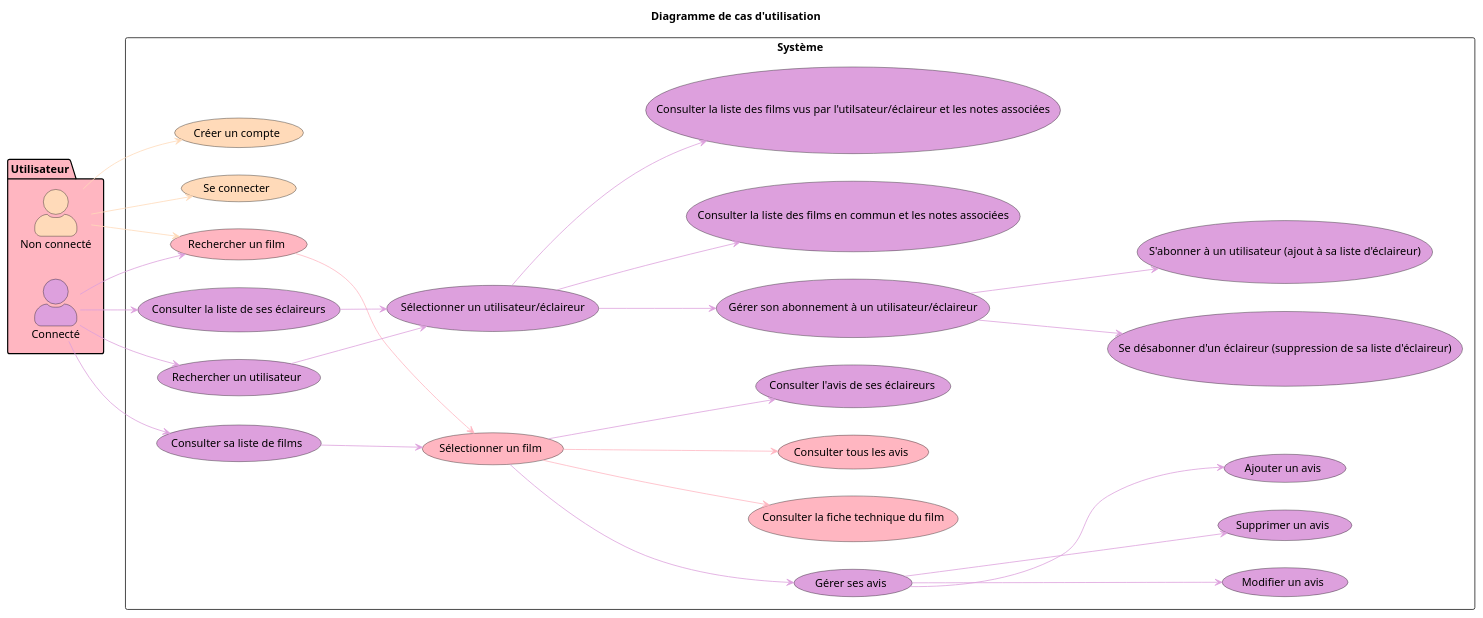
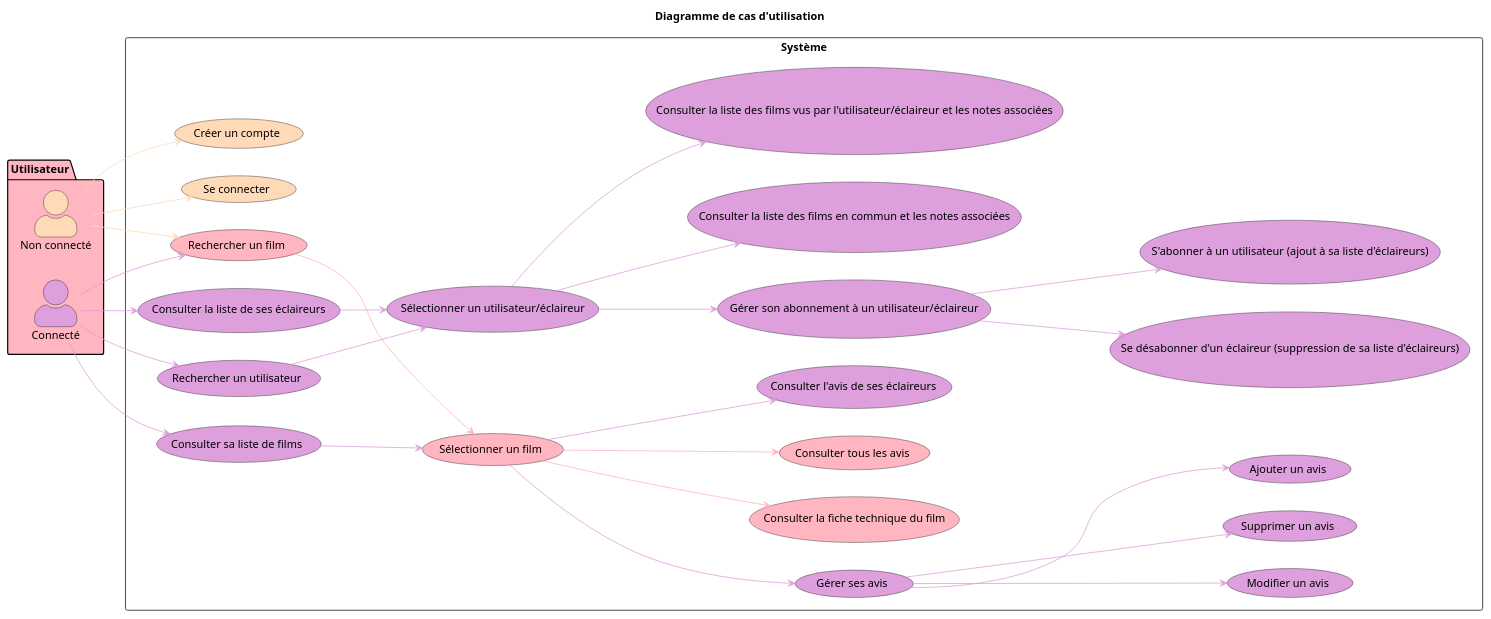
Before and after one commit to id2380/Projet2A_Template: the diagram in doc/Diagramme de cas d'utilisation/CasUtilisation.puml, drawn with PlantUML.

Commit message:
Modification diagramme de cas d'utilisation

```diff
--- a/doc/Diagramme de cas d'utilisation/CasUtilisation.puml
+++ b/doc/Diagramme de cas d'utilisation/CasUtilisation.puml
@@ -1,58 +1,58 @@
 @startuml Diagramme de cas d'utilisation
 title Diagramme de cas d'utilisation
 left to right direction
 
 ' Activer le style awesome pour les acteurs
 skinparam actorStyle awesome
 package Utilisateur #FFB6C1 {
 ' Styliser chaque acteur séparément
 actor "Non connecté" as u1 #FFDAB9
 actor "Connecté" as u2 #DDA0DD
 }
 
 rectangle Système {
   usecase "Consulter la liste de ses éclaireurs" as 2 #DDA0DD
   usecase "Rechercher un utilisateur" as 3 #DDA0DD
   usecase "Sélectionner un utilisateur/éclaireur" as 4 #DDA0DD
   usecase "Consulter la liste des films en commun et les notes associées" as 5 #DDA0DD
-  usecase "Consulter la liste des films vus par l'utilsateur/éclaireur et les notes associées" as 6 #DDA0DD
+  usecase "Consulter la liste des films vus par l'utilisateur/éclaireur et les notes associées" as 6 #DDA0DD
   usecase "Gérer son abonnement à un utilisateur/éclaireur" as 7 #DDA0DD
-  usecase "S'abonner à un utilisateur (ajout à sa liste d'éclaireur)" as 8 #DDA0DD
-  usecase "Se désabonner d'un éclaireur (suppression de sa liste d'éclaireur)" as 9 #DDA0DD
+  usecase "S'abonner à un utilisateur (ajout à sa liste d'éclaireurs)" as 8 #DDA0DD
+  usecase "Se désabonner d'un éclaireur (suppression de sa liste d'éclaireurs)" as 9 #DDA0DD
   usecase "Consulter sa liste de films" as 10 #DDA0DD
   usecase "Rechercher un film" as 11 #FFB6C1
   usecase "Sélectionner un film" as 12 #FFB6C1
   usecase "Consulter la fiche technique du film" as 13 #FFB6C1
   usecase "Consulter tous les avis" as 14 #FFB6C1
   usecase "Consulter l'avis de ses éclaireurs" as 15 #DDA0DD
   usecase "Gérer ses avis" as 16 #DDA0DD
   usecase "Ajouter un avis" as 17 #DDA0DD
   usecase "Modifier un avis" as 18 #DDA0DD
   usecase "Supprimer un avis" as 19 #DDA0DD
   usecase "Créer un compte" as 20 #FFDAB9
   usecase "Se connecter" as 21 #FFDAB9
 }
 u1 --> 11 #FFDAB9
 10 --> 12 #DDA0DD
 11 --> 12 #FFB6C1
 12 --> 13 #FFB6C1
 12 --> 14 #FFB6C1
 12 --> 15 #DDA0DD
 12 --> 16 #DDA0DD
 16 --> 17 #DDA0DD
 16 --> 18 #DDA0DD
 16 --> 19 #DDA0DD
 u1 --> 20 #FFDAB9
 u1 --> 21 #FFDAB9
 u2 --> 11 #DDA0DD
 u2 --> 2 #DDA0DD
 u2 --> 3 #DDA0DD
 2 --> 4 #DDA0DD
 3 --> 4 #DDA0DD
 4 --> 5 #DDA0DD
 4 --> 6 #DDA0DD
 4 --> 7 #DDA0DD
 7 --> 8 #DDA0DD
 7 --> 9 #DDA0DD
 u2 --> 10 #DDA0DD
 @enduml
```
